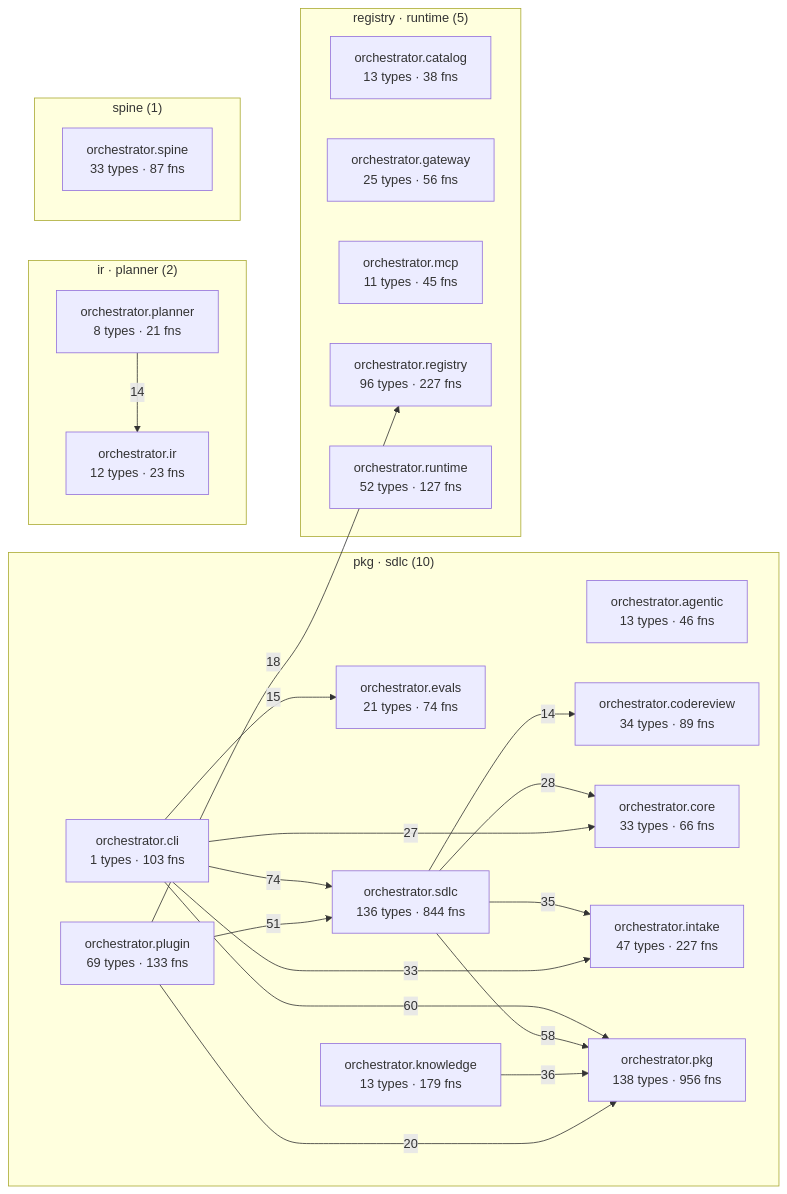
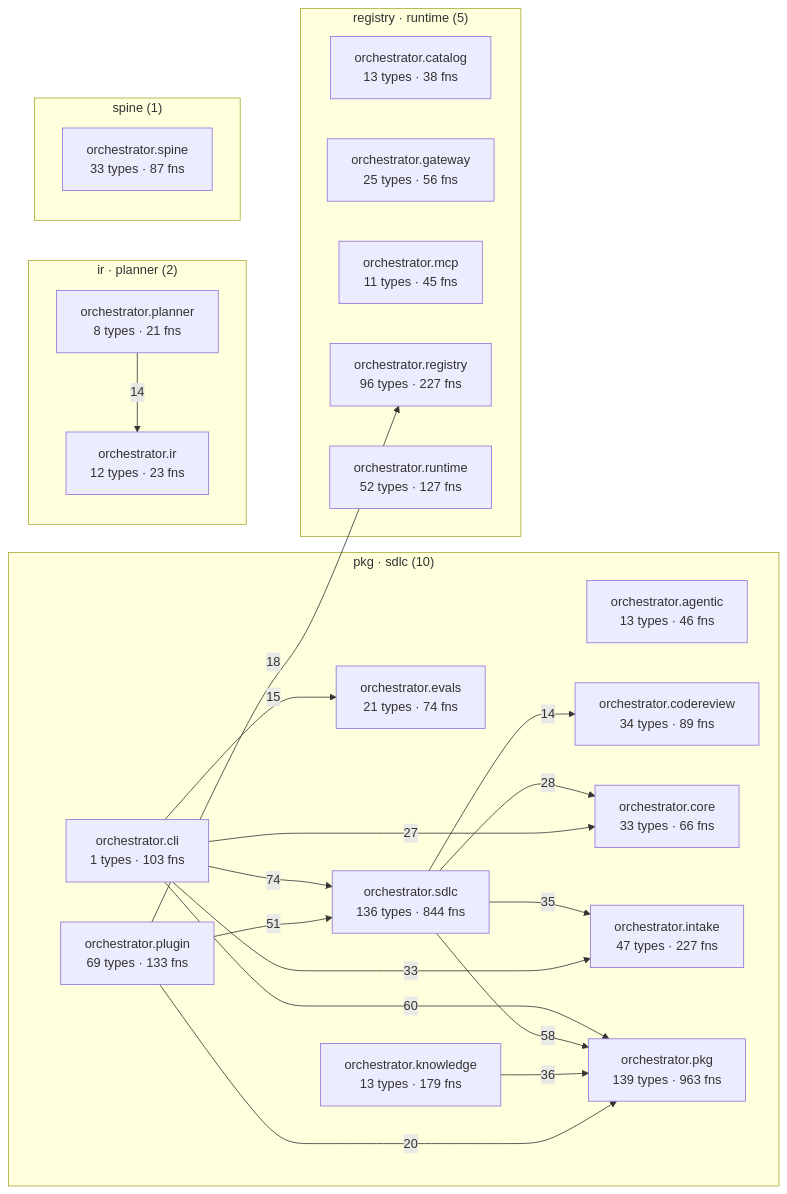
The diagram in episteme/architecture.md (palakupadhyay23/spine), drawn with Mermaid before and after one commit. The commit also changed other lines of this file and 14 other files, not shown here.

````diff
--- a/episteme/architecture.md
+++ b/episteme/architecture.md
@@ -54,43 +54,43 @@
 ```mermaid
 flowchart LR
   subgraph c_2["pkg · sdlc (10)"]
     aorchestratoragentic["orchestrator.agentic<br/>13 types · 46 fns"]
     aorchestratorcli["orchestrator.cli<br/>1 types · 103 fns"]
     aorchestratorcodereview["orchestrator.codereview<br/>34 types · 89 fns"]
     aorchestratorcore["orchestrator.core<br/>33 types · 66 fns"]
     aorchestratorevals["orchestrator.evals<br/>21 types · 74 fns"]
     aorchestratorintake["orchestrator.intake<br/>47 types · 227 fns"]
     aorchestratorknowledge["orchestrator.knowledge<br/>13 types · 179 fns"]
-    aorchestratorpkg["orchestrator.pkg<br/>138 types · 956 fns"]
+    aorchestratorpkg["orchestrator.pkg<br/>139 types · 963 fns"]
     aorchestratorplugin["orchestrator.plugin<br/>69 types · 133 fns"]
     aorchestratorsdlc["orchestrator.sdlc<br/>136 types · 844 fns"]
   end
   subgraph c_4["registry · runtime (5)"]
     aorchestratorcatalog["orchestrator.catalog<br/>13 types · 38 fns"]
     aorchestratorgateway["orchestrator.gateway<br/>25 types · 56 fns"]
     aorchestratormcp["orchestrator.mcp<br/>11 types · 45 fns"]
     aorchestratorregistry["orchestrator.registry<br/>96 types · 227 fns"]
     aorchestratorruntime["orchestrator.runtime<br/>52 types · 127 fns"]
   end
   subgraph c_7["ir · planner (2)"]
     aorchestratorir["orchestrator.ir<br/>12 types · 23 fns"]
     aorchestratorplanner["orchestrator.planner<br/>8 types · 21 fns"]
   end
   subgraph c_12["spine (1)"]
     aorchestratorspine["orchestrator.spine<br/>33 types · 87 fns"]
   end
   aorchestratorcli -->|74| aorchestratorsdlc
   aorchestratorcli -->|60| aorchestratorpkg
   aorchestratorsdlc -->|58| aorchestratorpkg
   aorchestratorplugin -->|51| aorchestratorsdlc
   aorchestratorknowledge -->|36| aorchestratorpkg
   aorchestratorsdlc -->|35| aorchestratorintake
   aorchestratorcli -->|33| aorchestratorintake
   aorchestratorsdlc -->|28| aorchestratorcore
   aorchestratorcli -->|27| aorchestratorcore
   aorchestratorplugin -->|20| aorchestratorpkg
   aorchestratorplugin -->|18| aorchestratorregistry
   aorchestratorcli -->|15| aorchestratorevals
   aorchestratorplanner -->|14| aorchestratorir
   aorchestratorsdlc -->|14| aorchestratorcodereview
 ```
````
